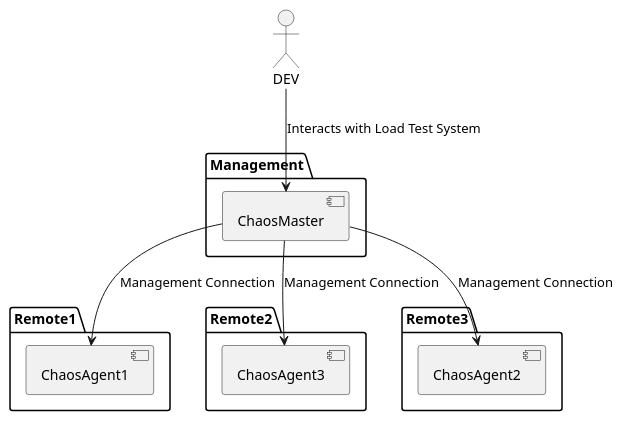
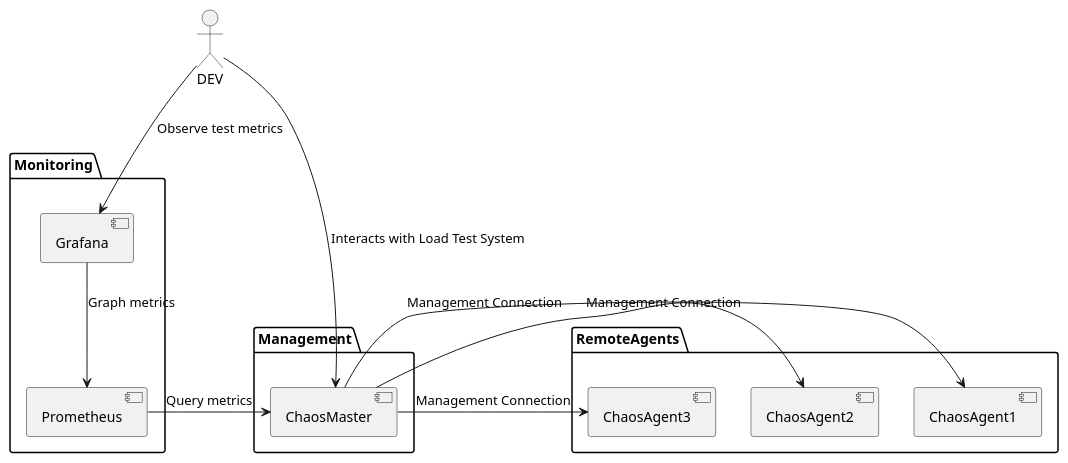
One commit to Mallekoppie/ChaosAgent changed the diagram in Design/deployment.wsd. Above: the diagram before and after it, drawn with PlantUML. The commit also changed 20 other files, not shown here.

```diff
--- a/Design/deployment.wsd
+++ b/Design/deployment.wsd
@@ -1,30 +1,33 @@
 @startuml
 
-package "Remote1" {
+package "RemoteAgents" {
     component [ChaosAgent1]
-}
-
-package "Remote2" {
     component [ChaosAgent3]
-}
-
-package "Remote3" {
     component [ChaosAgent2]
 }
 
 package "Management" {
     component "ChaosMaster"
 }
 
-[ChaosMaster] --> [ChaosAgent1] : Management Connection
-[ChaosMaster] --> [ChaosAgent2] : Management Connection
-[ChaosMaster] --> [ChaosAgent3] : Management Connection
+package "Monitoring" {
+    component [Prometheus]
+    component [Grafana]
+}
+
+[ChaosMaster] -right--> [ChaosAgent1] : Management Connection
+[ChaosMaster] -right--> [ChaosAgent2] : Management Connection
+[ChaosMaster] -right--> [ChaosAgent3] : Management Connection
+
+[Prometheus] -right--> [ChaosMaster] : Query metrics
+[Grafana] --> [Prometheus] : Graph metrics
 
 actor "DEV"
 
 [DEV] --> [ChaosMaster] : Interacts with Load Test System
+[DEV] --> [Grafana] : Observe test metrics
 
 
 
 
 @enduml
```
